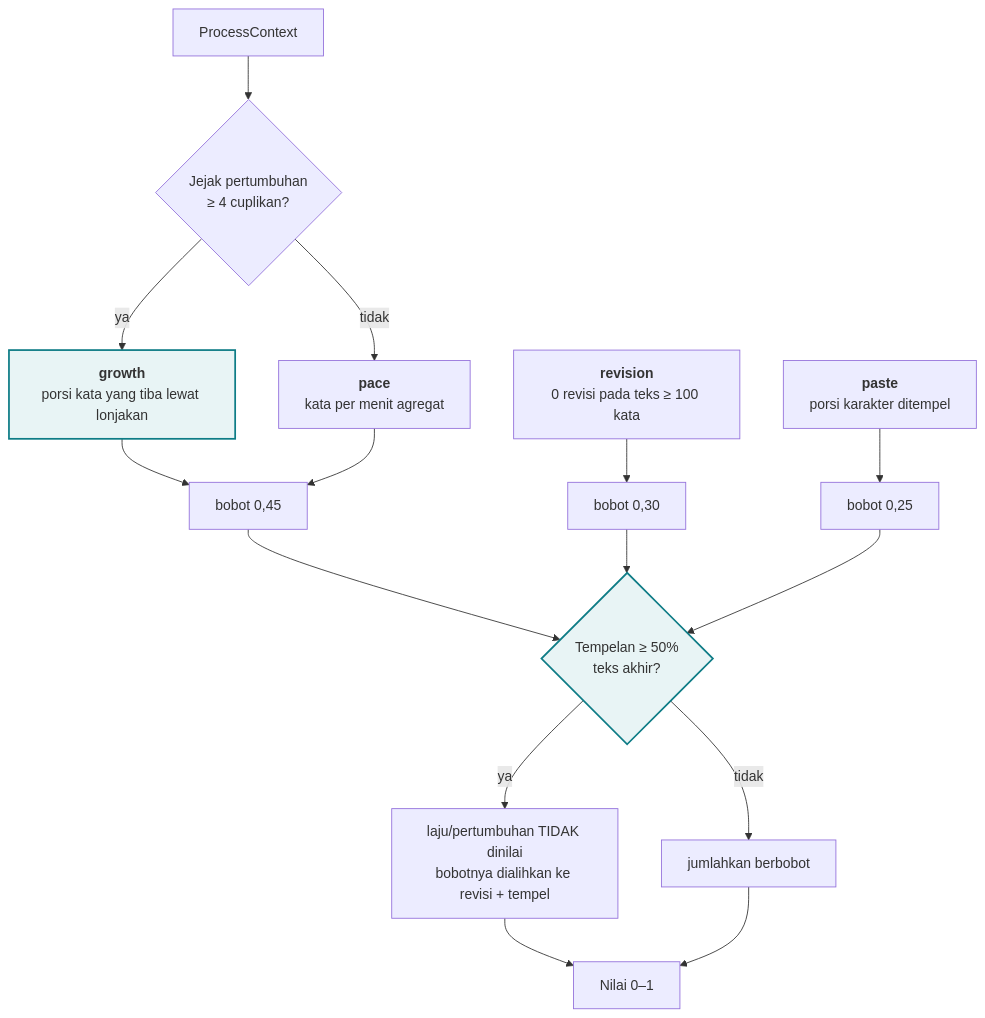
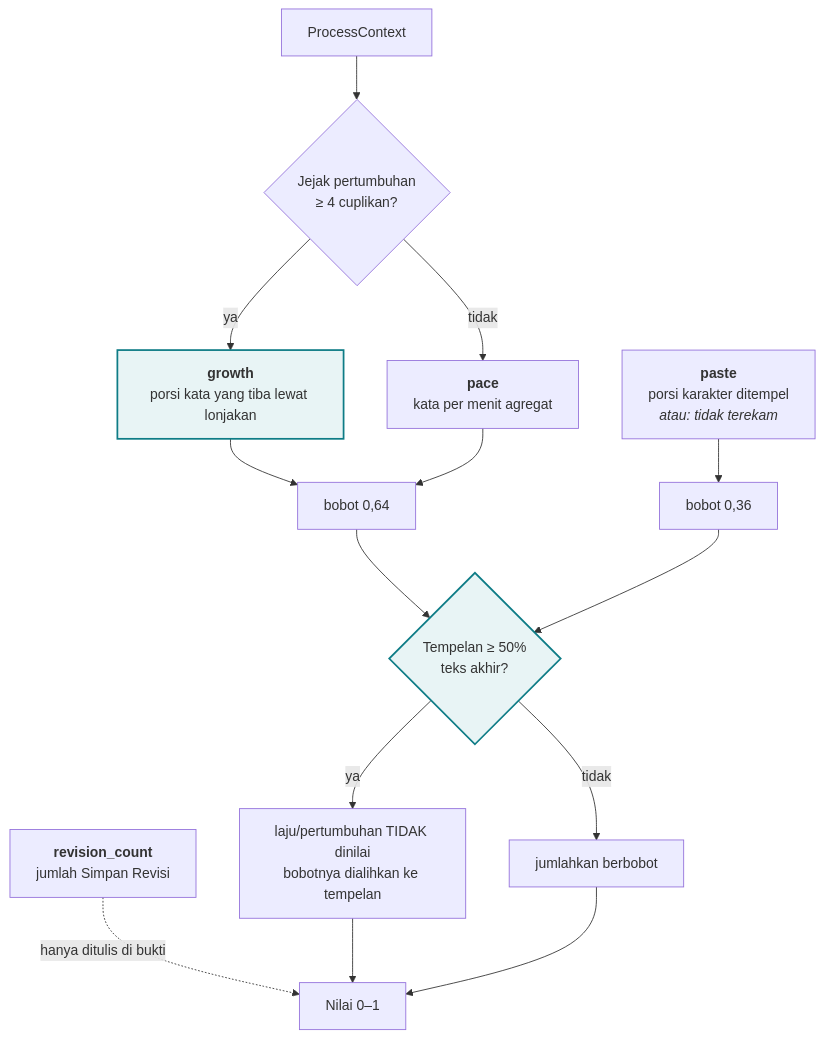
One commit to FadhRach/ThinkPath changed the fourth of 8 diagrams in diagram/05-alur-analisis.md. Above: the diagram before and after it, drawn with Mermaid. The commit also changed other lines of this file and 13 other files, not shown here.

````diff
--- a/diagram/05-alur-analisis.md
+++ b/diagram/05-alur-analisis.md
@@ -177,23 +177,22 @@
 ```mermaid
 flowchart TB
     CTX["ProcessContext"] --> CEK{"Jejak pertumbuhan<br/>≥ 4 cuplikan?"}
 
     CEK -->|"ya"| GR["<b>growth</b><br/>porsi kata yang tiba lewat lonjakan"]
     CEK -->|"tidak"| PC["<b>pace</b><br/>kata per menit agregat"]
 
-    GR --> W["bobot 0,45"]
+    GR --> W["bobot 0,64"]
     PC --> W
-    RV["<b>revision</b><br/>0 revisi pada teks ≥ 100 kata"] --> W2["bobot 0,30"]
-    PS["<b>paste</b><br/>porsi karakter ditempel"] --> W3["bobot 0,25"]
+    PS["<b>paste</b><br/>porsi karakter ditempel<br/><i>atau: tidak terekam</i>"] --> W3["bobot 0,36"]
+    RV["<b>revision_count</b><br/>jumlah Simpan Revisi"] -.->|"hanya ditulis di bukti"| VAL
 
     W --> DOM{"Tempelan ≥ 50%<br/>teks akhir?"}
-    W2 --> DOM
     W3 --> DOM
-    DOM -->|"ya"| SKIP["laju/pertumbuhan TIDAK dinilai<br/>bobotnya dialihkan ke revisi + tempel"]
+    DOM -->|"ya"| SKIP["laju/pertumbuhan TIDAK dinilai<br/>bobotnya dialihkan ke tempelan"]
     DOM -->|"tidak"| NORM["jumlahkan berbobot"]
     SKIP --> VAL["Nilai 0–1"]
     NORM --> VAL
 
     classDef kunci fill:#E8F4F5,stroke:#0E7C86,stroke-width:2px
     class GR,DOM kunci
 ```
````
